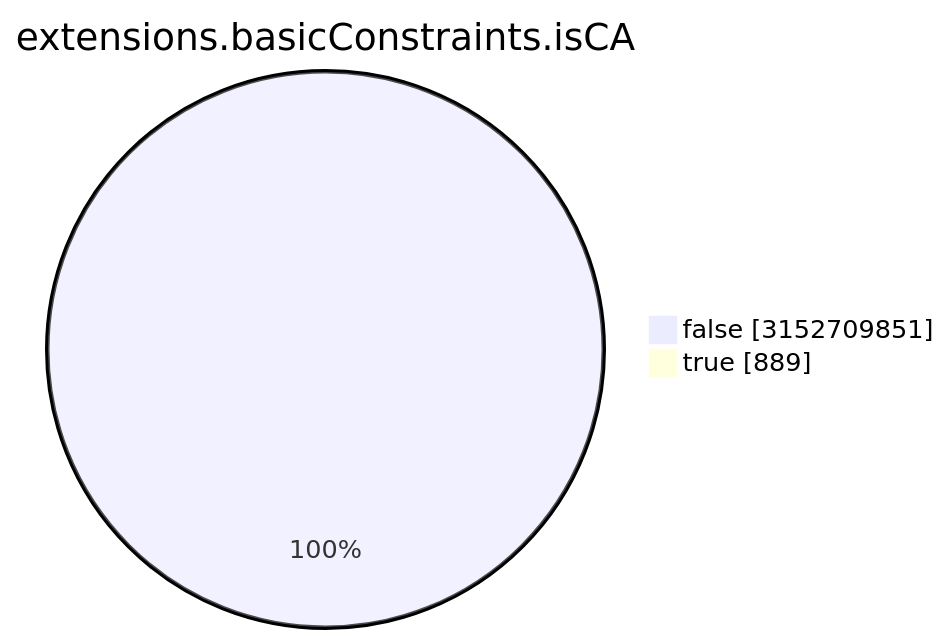
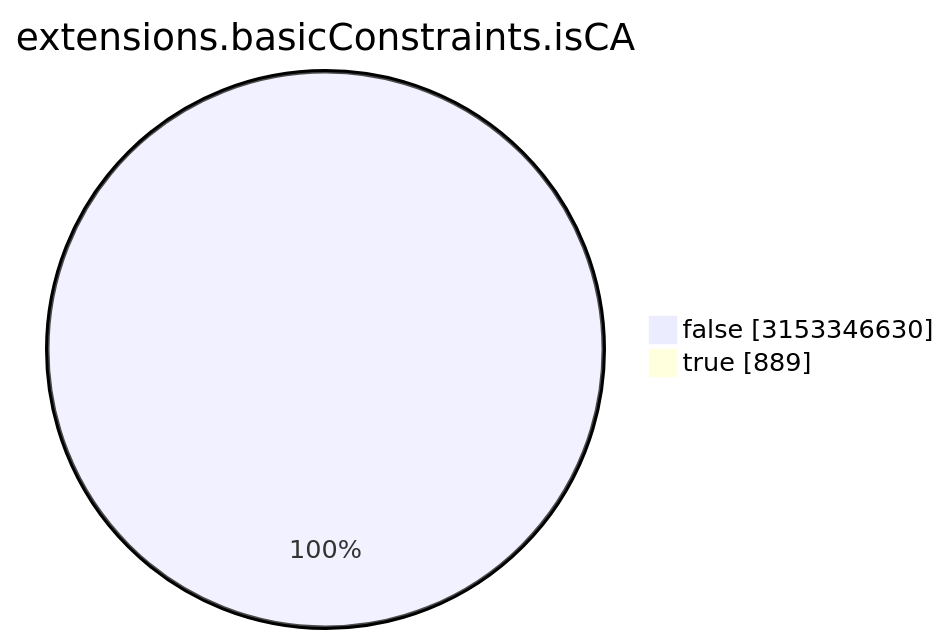
One commit to christiankrug/ctmonitor_visualization changed the seventh of 15 diagrams in TOTAL/README.md. Above: the diagram before and after it, drawn with Mermaid. The commit also changed other lines of this file, not shown here.

````diff
--- a/TOTAL/README.md
+++ b/TOTAL/README.md
@@ -3088,6 +3088,6 @@
 ```mermaid
 pie showData
 title extensions.basicConstraints.isCA
-"false" :3152709851
+"false" :3153346630
 "true" :889
 ```
````
